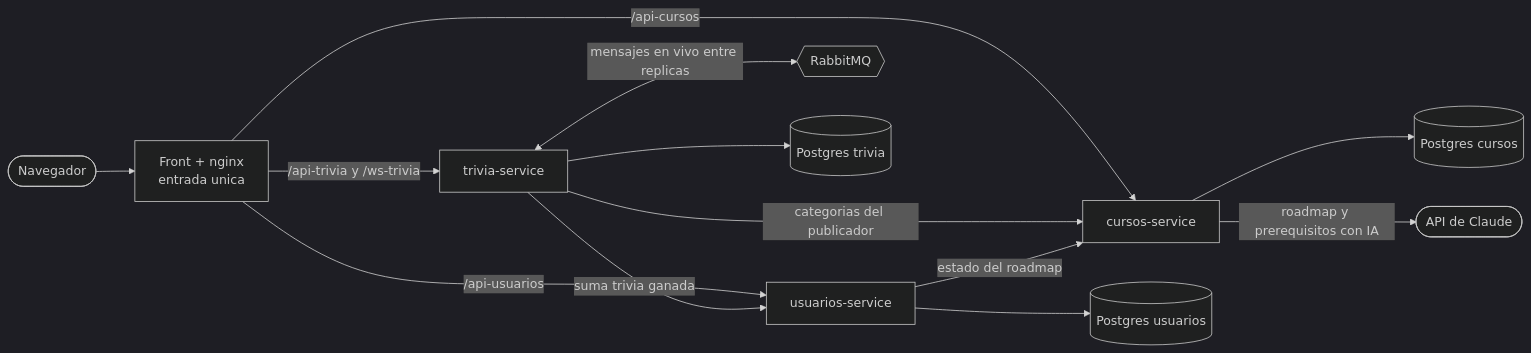
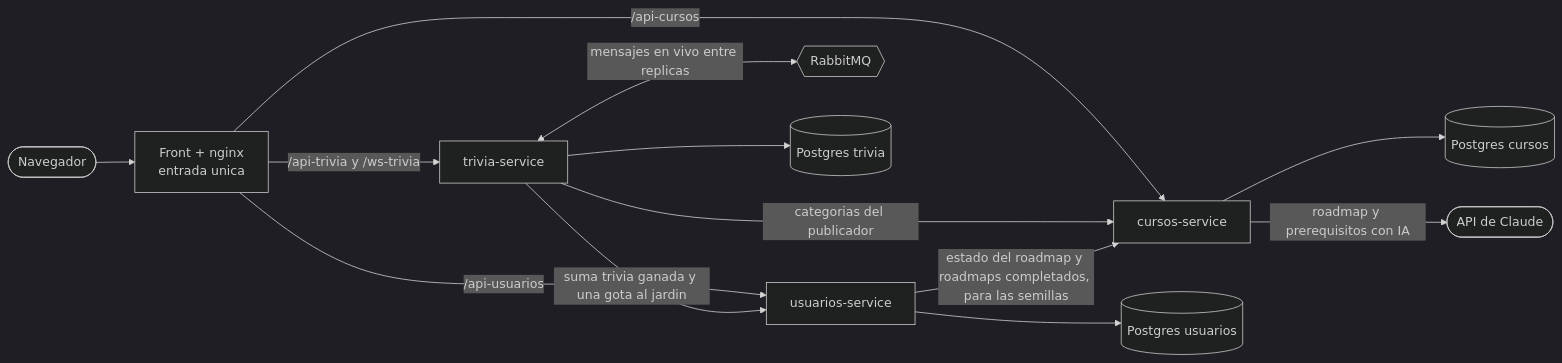
One commit to Grow-Link/infra changed the diagram in README.md. Above: the diagram before and after it, drawn with Mermaid (dark theme). The commit also changed other lines of this file and 1 other file, not shown here.

````diff
--- a/README.md
+++ b/README.md
@@ -46,15 +46,15 @@
 ```mermaid
 flowchart LR
     U([Navegador]) --> F["Front + nginx<br/>entrada unica"]
     F -->|/api-usuarios| US[usuarios-service]
     F -->|/api-cursos| CS[cursos-service]
     F -->|/api-trivia y /ws-trivia| TS[trivia-service]
     TS <-->|mensajes en vivo entre replicas| MQ{{RabbitMQ}}
     US --> DBU[(Postgres usuarios)]
     CS --> DBC[(Postgres cursos)]
     TS --> DBT[(Postgres trivia)]
-    TS -->|suma trivia ganada| US
+    TS -->|suma trivia ganada y una gota al jardin| US
     TS -->|categorias del publicador| CS
-    US -->|estado del roadmap| CS
+    US -->|estado del roadmap y roadmaps completados, para las semillas| CS
     CS -->|roadmap y prerequisitos con IA| CL([API de Claude])
 ```
````
